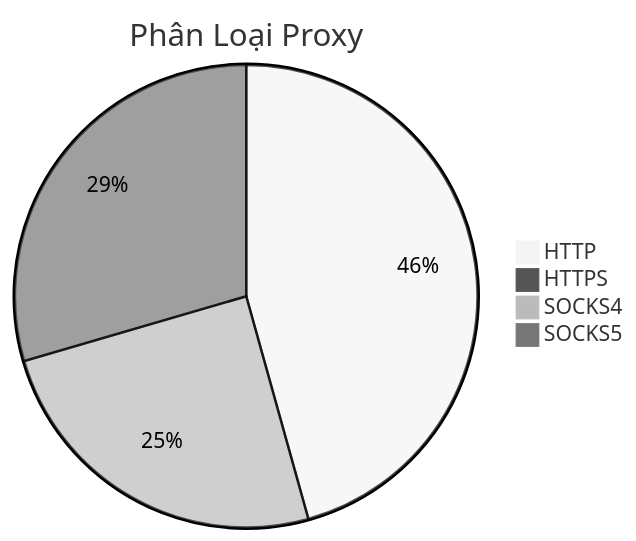
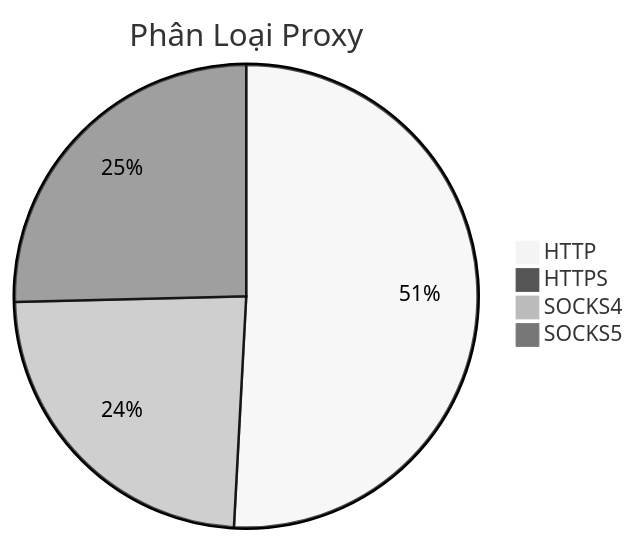
The diagram in README.md (Ciara-12/PROXY-free), drawn with Mermaid (neutral theme) before and after one commit. The commit also changed other lines of this file and 4 other files, not shown here.

````diff
--- a/README.md
+++ b/README.md
@@ -26,7 +26,7 @@
 ```mermaid
 pie title Phân Loại Proxy
-    "HTTP" : 786
-    "HTTPS" : 3
-    "SOCKS4" : 427
-    "SOCKS5" : 508
+    "HTTP" : 1109
+    "HTTPS" : 0
+    "SOCKS4" : 518
+    "SOCKS5" : 554
 ```
````
